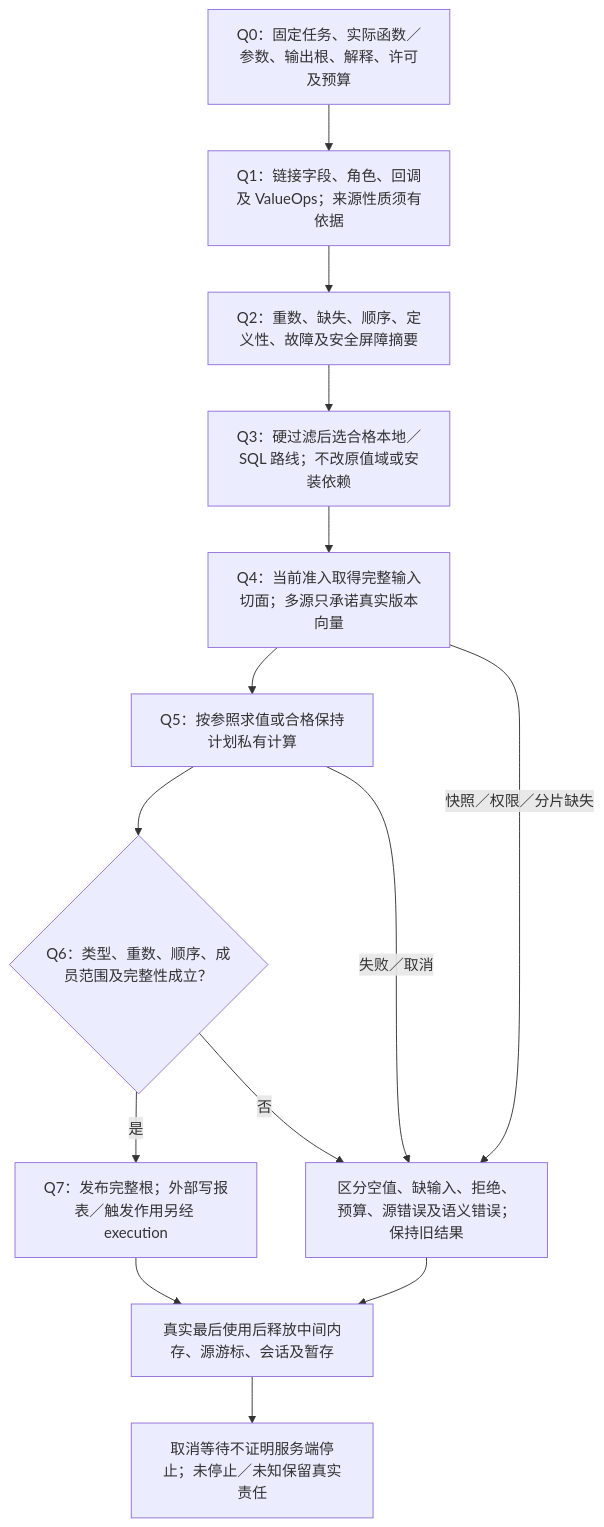
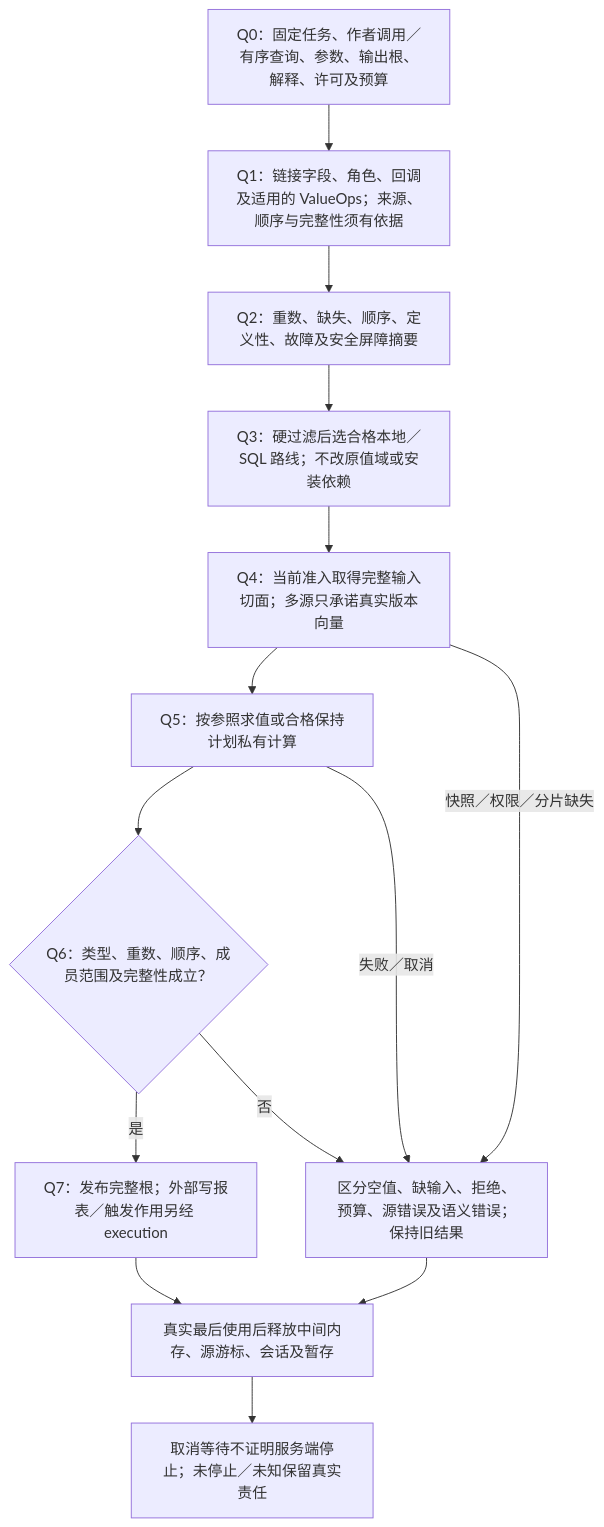
One commit to sec-platform/sec changed the first of 5 diagrams in docs/领域/状态关系与流/关系查询与维护.md. Above: the diagram before and after it, drawn with Mermaid. The commit also changed other lines of this file and 17 other files, not shown here.

````diff
--- a/docs/领域/状态关系与流/关系查询与维护.md
+++ b/docs/领域/状态关系与流/关系查询与维护.md
@@ -160,16 +168,16 @@
 ```mermaid
 flowchart TB
-  fixed["Q0：固定任务、实际函数／参数、输出根、解释、许可及预算"] --> linked["Q1：链接字段、角色、回调及 ValueOps；来源性质须有依据"]
+  fixed["Q0：固定任务、作者调用／有序查询、参数、输出根、解释、许可及预算"] --> linked["Q1：链接字段、角色、回调及适用的 ValueOps；来源、顺序与完整性须有依据"]
   linked --> summary["Q2：重数、缺失、顺序、定义性、故障及安全屏障摘要"]
   summary --> route["Q3：硬过滤后选合格本地／SQL 路线；不改原值域或安装依赖"]
   route --> input["Q4：当前准入取得完整输入切面；多源只承诺真实版本向量"]
   input --> compute["Q5：按参照求值或合格保持计划私有计算"]
   compute --> complete{"Q6：类型、重数、顺序、成员范围及完整性成立？"}
   complete -->|是| publish["Q7：发布完整根；外部写报表／触发作用另经 execution"]
   complete -->|否| fail["区分空值、缺输入、拒绝、预算、源错误及语义错误；保持旧结果"]
   input -->|快照／权限／分片缺失| fail
   compute -->|失败／取消| fail
   publish --> resources["真实最后使用后释放中间内存、源游标、会话及暂存"]
   fail --> resources
   resources --> pending["取消等待不证明服务端停止；未停止／未知保留真实责任"]
 ```
````
